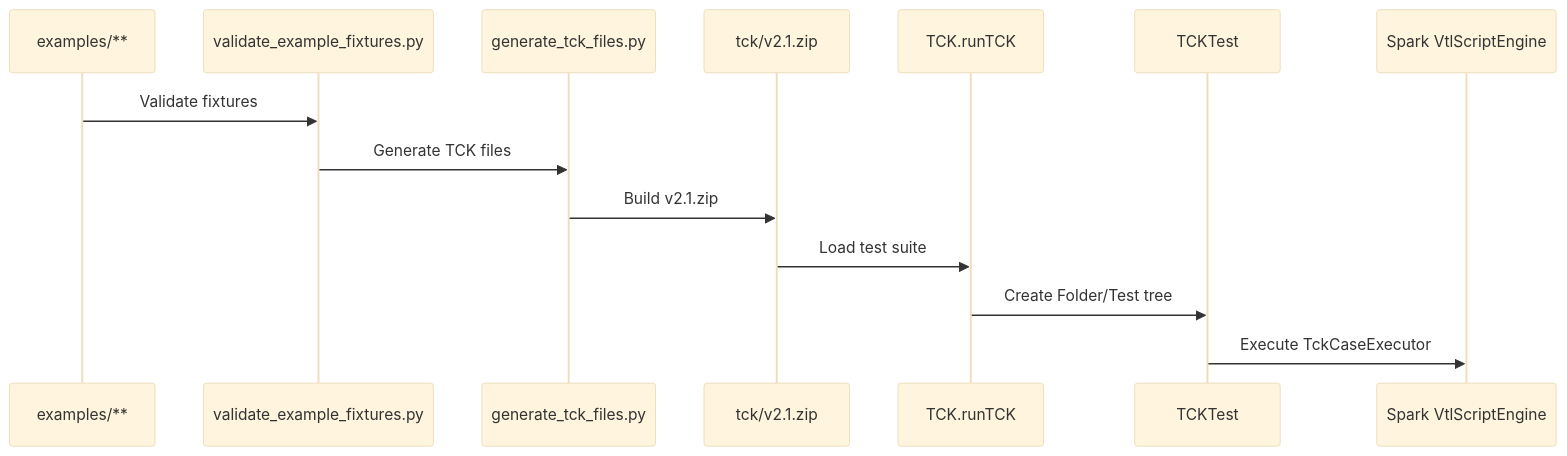
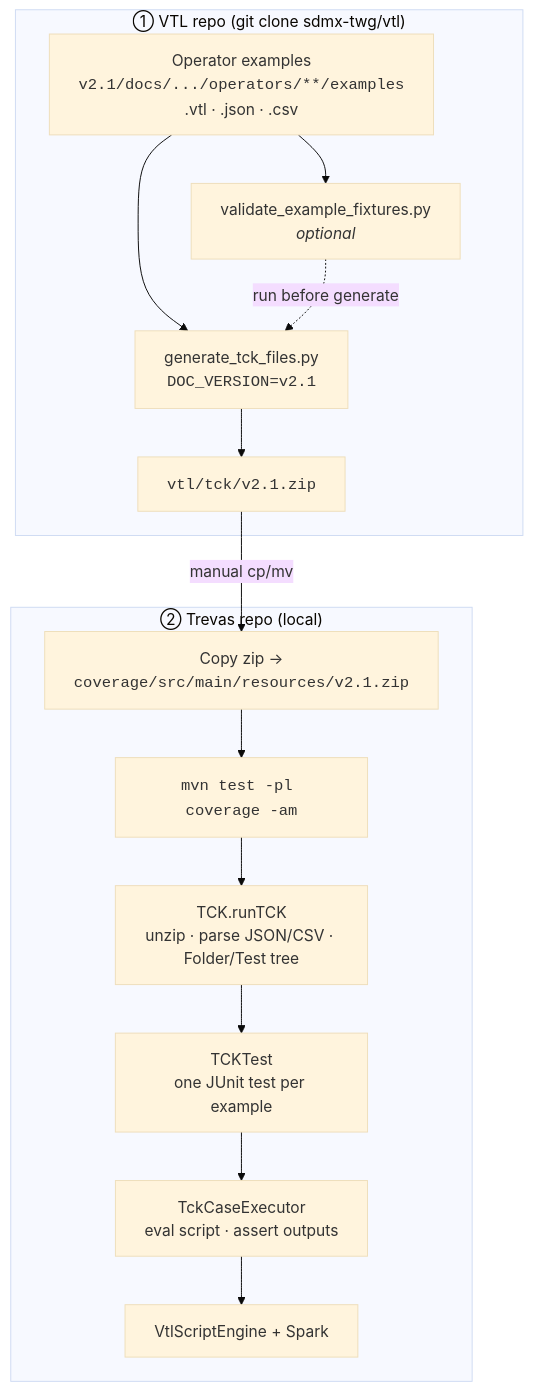
The first of 2 diagrams in 20260528-vtl-malakoff/slides.md (Making-Sense-Info/Presentations), drawn with Mermaid (base theme) before and after one commit. The commit also changed 1 other file, not shown here.

Commit message:
Update VTL prez

````diff
--- a/20260528-vtl-malakoff/slides.md
+++ b/20260528-vtl-malakoff/slides.md
@@ -65,19 +65,26 @@
 ```mermaid
-sequenceDiagram
+flowchart TB
+  subgraph VTL["① VTL repo (git clone sdmx-twg/vtl)"]
+    EX["Operator examples<br/><code>v2.1/docs/.../operators/**/examples</code><br/>.vtl · .json · .csv"]
+    VF["validate_example_fixtures.py<br/><i>optional</i>"]
+    GT["generate_tck_files.py<br/><code>DOC_VERSION=v2.1</code>"]
+    ZIP["<code>vtl/tck/v2.1.zip</code>"]
+    EX --> VF
+    EX --> GT
+    VF -.->|run before generate| GT
+    GT --> ZIP
+  end
 
-    participant EX as examples/**
-    participant VF as validate_example_fixtures.py
-    participant GT as generate_tck_files.py
-    participant ZIP as tck/v2.1.zip
-    participant TCK as TCK.runTCK
-    participant TEST as TCKTest
-    participant ENG as Spark VtlScriptEngine
+  subgraph TREVAS["② Trevas repo (local)"]
+    RES["Copy zip →<br/><code>coverage/src/main/resources/v2.1.zip</code>"]
+    MVN["<code>mvn test -pl coverage -am</code>"]
+    TCK["TCK.runTCK<br/>unzip · parse JSON/CSV · Folder/Test tree"]
+    TEST["TCKTest<br/>one JUnit test per example"]
+    EXE["TckCaseExecutor<br/>eval script · assert outputs"]
+    ENG["VtlScriptEngine + Spark"]
+    RES --> MVN
+    MVN --> TCK --> TEST --> EXE --> ENG
+  end
 
-    EX->>VF: Validate fixtures
-    VF->>GT: Generate TCK files
-    GT->>ZIP: Build v2.1.zip
-
-    ZIP->>TCK: Load test suite
-    TCK->>TEST: Create Folder/Test tree
-    TEST->>ENG: Execute TckCaseExecutor
+  ZIP -->|manual cp/mv| RES
 ```
````
